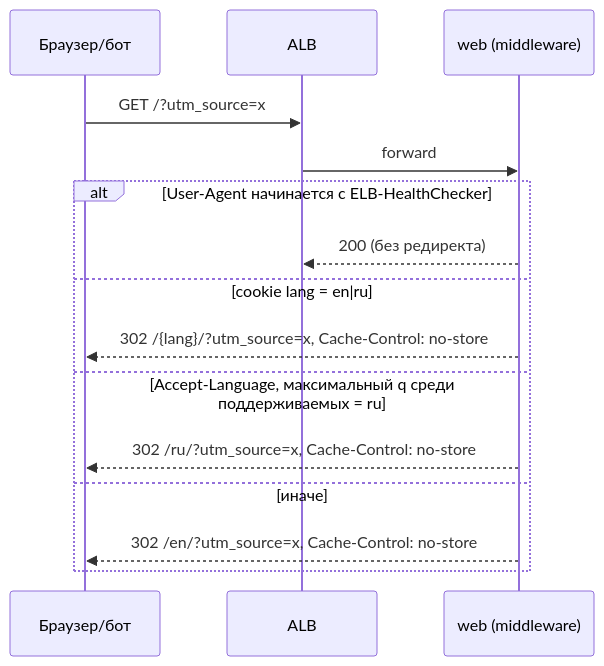
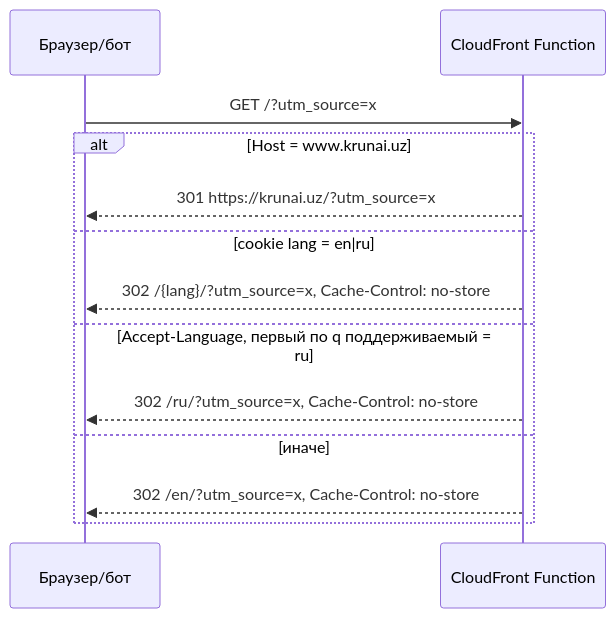
The second of 4 diagrams in docs/architecture.md (emustapaev/test1), drawn with Mermaid before and after one commit. The commit also changed other lines of this file and 5 other files, not shown here.

First line of the commit message:
ADR 0007 и architecture.md: serverless-архитектура v5, контракт POST /contact (#131)

````diff
--- a/docs/architecture.md
+++ b/docs/architecture.md
@@ -47,17 +49,15 @@
 ```mermaid
 sequenceDiagram
     participant B as Браузер/бот
-    participant A as ALB
-    participant W as web (middleware)
-    B->>A: GET /?utm_source=x
-    A->>W: forward
-    alt User-Agent начинается с ELB-HealthChecker
-        W-->>A: 200 (без редиректа)
+    participant F as CloudFront Function
+    B->>F: GET /?utm_source=x
+    alt Host = www.krunai.uz
+        F-->>B: 301 https://krunai.uz/?utm_source=x
     else cookie lang = en|ru
-        W-->>B: 302 /{lang}/?utm_source=x, Cache-Control: no-store
-    else Accept-Language, максимальный q среди поддерживаемых = ru
-        W-->>B: 302 /ru/?utm_source=x, Cache-Control: no-store
+        F-->>B: 302 /{lang}/?utm_source=x, Cache-Control: no-store
+    else Accept-Language, первый по q поддерживаемый = ru
+        F-->>B: 302 /ru/?utm_source=x, Cache-Control: no-store
     else иначе
-        W-->>B: 302 /en/?utm_source=x, Cache-Control: no-store
+        F-->>B: 302 /en/?utm_source=x, Cache-Control: no-store
     end
 ```
````
